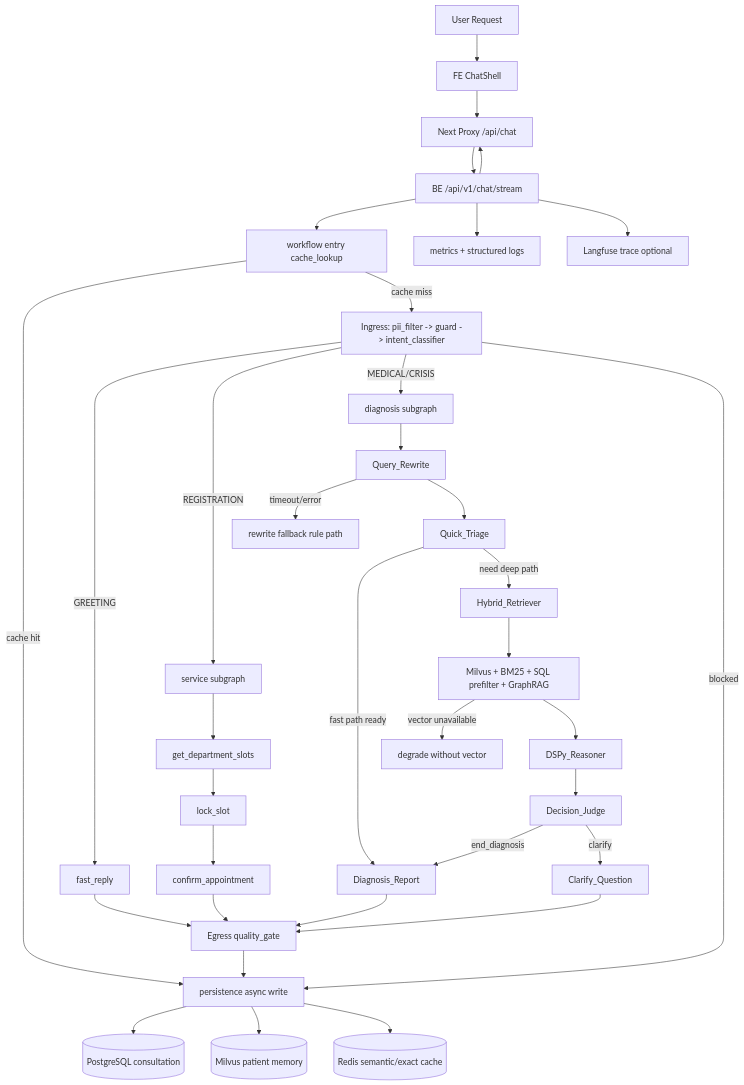
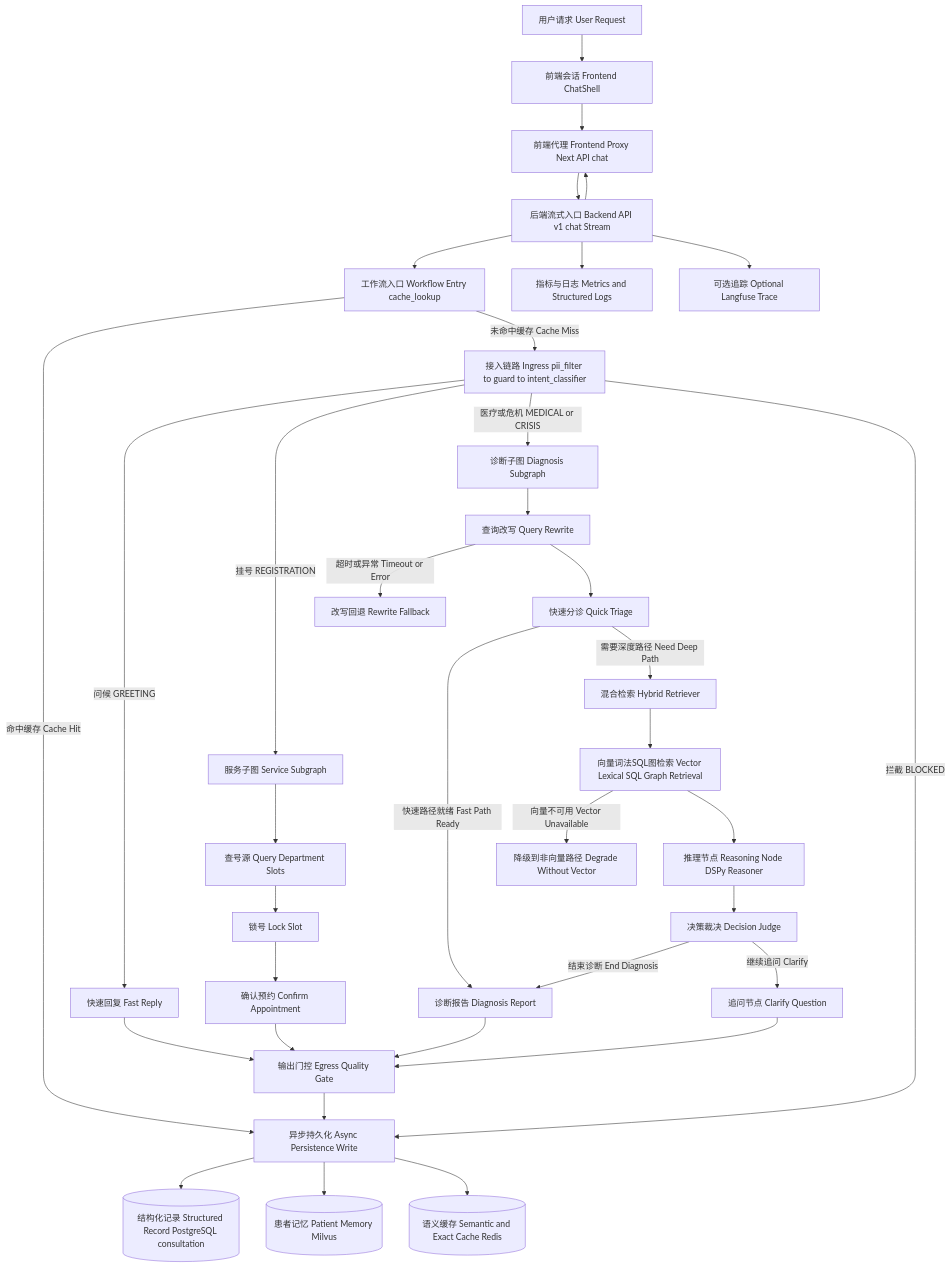
Before and after one commit to standbyme626/smart_hospital_agent: the third of 3 diagrams in README.md, drawn with Mermaid. The commit also changed other lines of this file, not shown here.

Commit message:
docs: bilingualize all three Mermaid diagrams in README

````diff
--- a/README.md
+++ b/README.md
@@ -182,46 +182,46 @@
 ```mermaid
 flowchart TD
-    A[User Request] --> B[FE ChatShell]
-    B --> C[Next Proxy /api/chat]
-    C --> D[BE /api/v1/chat/stream]
-    D --> E[workflow entry cache_lookup]
+    A[用户请求 User Request] --> B[前端会话 Frontend ChatShell]
+    B --> C[前端代理 Frontend Proxy Next API chat]
+    C --> D[后端流式入口 Backend API v1 chat Stream]
+    D --> E[工作流入口 Workflow Entry cache_lookup]
 
-    E -->|cache hit| P[persistence async write]
-    E -->|cache miss| F[Ingress: pii_filter -> guard -> intent_classifier]
+    E -->|命中缓存 Cache Hit| P[异步持久化 Async Persistence Write]
+    E -->|未命中缓存 Cache Miss| F[接入链路 Ingress pii_filter to guard to intent_classifier]
 
-    F -->|GREETING| G1[fast_reply]
-    F -->|REGISTRATION| G2[service subgraph]
-    F -->|MEDICAL/CRISIS| G3[diagnosis subgraph]
-    F -->|blocked| P
+    F -->|问候 GREETING| G1[快速回复 Fast Reply]
+    F -->|挂号 REGISTRATION| G2[服务子图 Service Subgraph]
+    F -->|医疗或危机 MEDICAL or CRISIS| G3[诊断子图 Diagnosis Subgraph]
+    F -->|拦截 BLOCKED| P
 
-    G3 --> H1[Query_Rewrite]
-    H1 -->|timeout/error| H1F[rewrite fallback rule path]
-    H1 --> H2[Quick_Triage]
-    H2 -->|fast path ready| H6[Diagnosis_Report]
-    H2 -->|need deep path| H3[Hybrid_Retriever]
+    G3 --> H1[查询改写 Query Rewrite]
+    H1 -->|超时或异常 Timeout or Error| H1F[改写回退 Rewrite Fallback]
+    H1 --> H2[快速分诊 Quick Triage]
+    H2 -->|快速路径就绪 Fast Path Ready| H6[诊断报告 Diagnosis Report]
+    H2 -->|需要深度路径 Need Deep Path| H3[混合检索 Hybrid Retriever]
 
-    H3 --> H31[Milvus + BM25 + SQL prefilter + GraphRAG]
-    H31 -->|vector unavailable| H31F[degrade without vector]
-    H31 --> H4[DSPy_Reasoner]
-    H4 --> H5[Decision_Judge]
-    H5 -->|end_diagnosis| H6
-    H5 -->|clarify| H7[Clarify_Question]
+    H3 --> H31[向量词法SQL图检索 Vector Lexical SQL Graph Retrieval]
+    H31 -->|向量不可用 Vector Unavailable| H31F[降级到非向量路径 Degrade Without Vector]
+    H31 --> H4[推理节点 Reasoning Node DSPy Reasoner]
+    H4 --> H5[决策裁决 Decision Judge]
+    H5 -->|结束诊断 End Diagnosis| H6
+    H5 -->|继续追问 Clarify| H7[追问节点 Clarify Question]
 
-    G2 --> S1[get_department_slots]
-    S1 --> S2[lock_slot]
-    S2 --> S3[confirm_appointment]
+    G2 --> S1[查号源 Query Department Slots]
+    S1 --> S2[锁号 Lock Slot]
+    S2 --> S3[确认预约 Confirm Appointment]
 
-    G1 --> O[Egress quality_gate]
+    G1 --> O[输出门控 Egress Quality Gate]
     H6 --> O
     H7 --> O
     S3 --> O
     O --> P
 
-    P --> M1[(PostgreSQL consultation)]
-    P --> M2[(Milvus patient memory)]
-    P --> M3[(Redis semantic/exact cache)]
+    P --> M1[(结构化记录 Structured Record PostgreSQL consultation)]
+    P --> M2[(患者记忆 Patient Memory Milvus)]
+    P --> M3[(语义缓存 Semantic and Exact Cache Redis)]
 
-    D --> X1[metrics + structured logs]
-    D --> X2[Langfuse trace optional]
+    D --> X1[指标与日志 Metrics and Structured Logs]
+    D --> X2[可选追踪 Optional Langfuse Trace]
     D --> C
 ```
````
